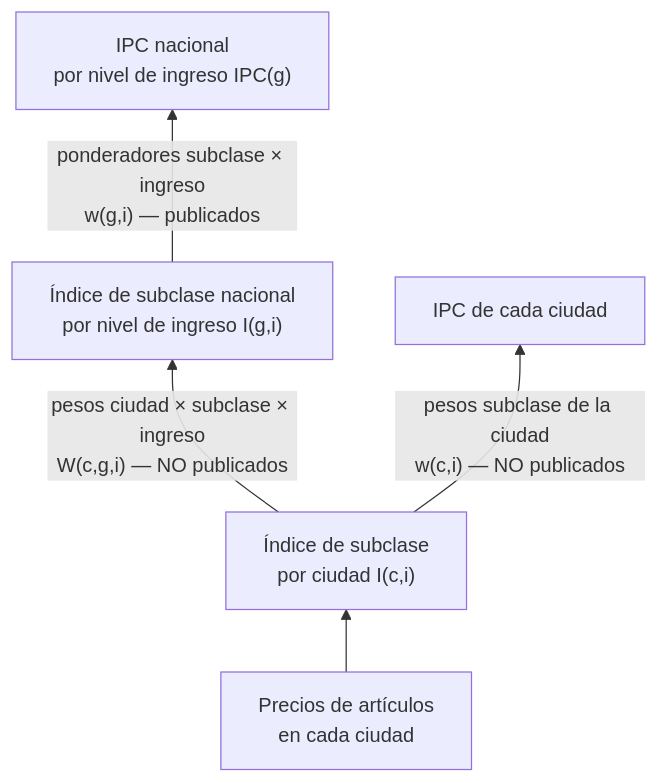
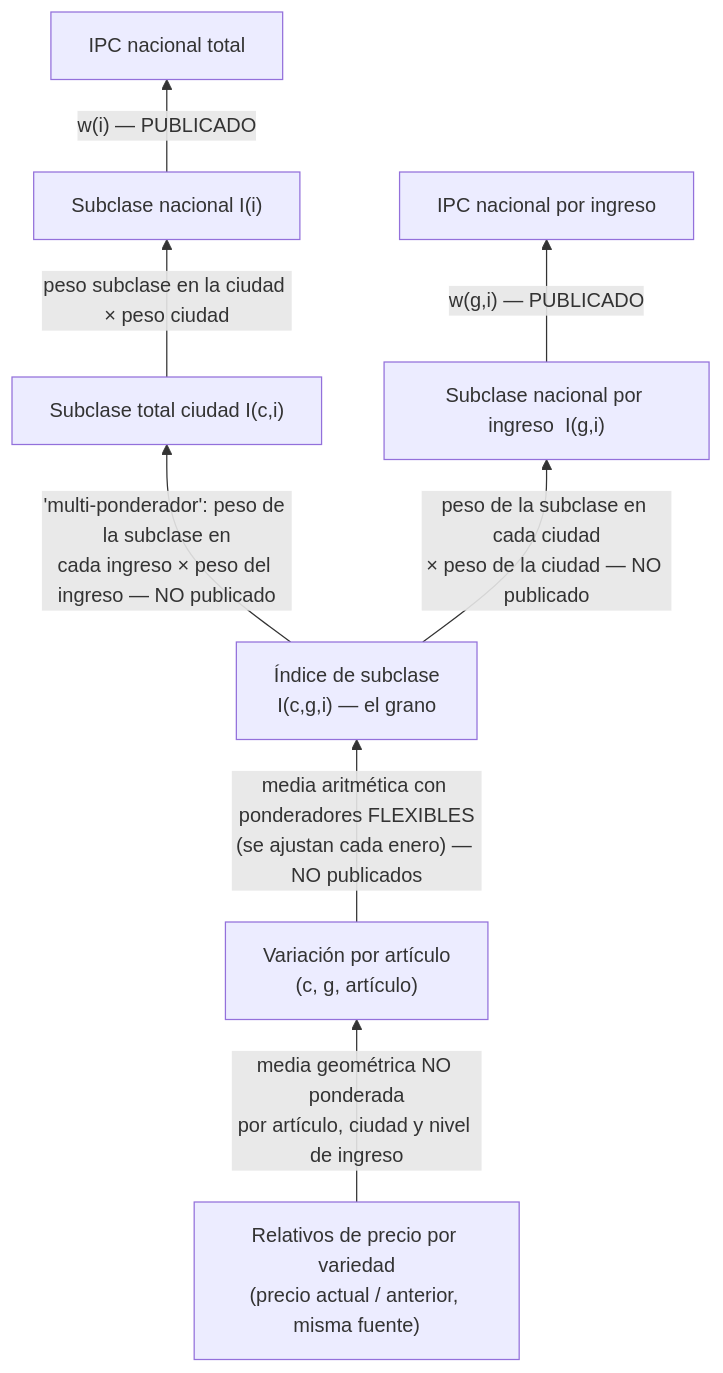
Before and after one commit to andreshoy/ipc-databricks: the diagram in docs/08_metodologia_ponderadores.md, drawn with Mermaid. The commit also changed other lines of this file, not shown here.

Commit message:
docs/08: pirámide oficial de agregación del IPC según el documento metodológico del DANE

````diff
--- a/docs/08_metodologia_ponderadores.md
+++ b/docs/08_metodologia_ponderadores.md
@@ -7,7 +11,10 @@
 ```mermaid
 flowchart BT
-    A["Precios de artículos<br/>en cada ciudad"] --> B["Índice de subclase<br/>por ciudad  I(c,i)"]
-    B -->|"pesos ciudad × subclase × ingreso<br/>W(c,g,i) — NO publicados"| C["Índice de subclase nacional<br/>por nivel de ingreso  I(g,i)"]
-    C -->|"ponderadores subclase × ingreso<br/>w(g,i) — publicados"| D["IPC nacional<br/>por nivel de ingreso  IPC(g)"]
-    B -->|"pesos subclase de la ciudad<br/>w(c,i) — NO publicados"| E["IPC de cada ciudad"]
+    A["Relativos de precio por variedad<br/>(precio actual / anterior, misma fuente)"] -->|"media geométrica NO ponderada<br/>por artículo, ciudad y nivel de ingreso"| B["Variación por artículo<br/>(c, g, artículo)"]
+    B -->|"media aritmética con ponderadores FLEXIBLES<br/>(se ajustan cada enero) — NO publicados"| C["Índice de subclase<br/>I(c,g,i) — el grano"]
+    C -->|"'multi-ponderador': peso de la subclase en<br/>cada ingreso × peso del ingreso — NO publicado"| D["Subclase total ciudad  I(c,i)"]
+    C -->|"peso de la subclase en cada ciudad<br/>× peso de la ciudad — NO publicado"| E["Subclase nacional por ingreso  I(g,i)"]
+    D -->|"peso subclase en la ciudad × peso ciudad"| F["Subclase nacional  I(i)"]
+    E -->|"w(g,i) — PUBLICADO"| G["IPC nacional por ingreso"]
+    F -->|"w(i) — PUBLICADO"| H["IPC nacional total"]
 ```
````
